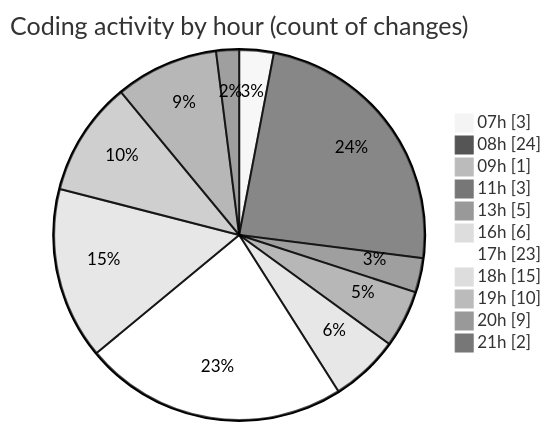
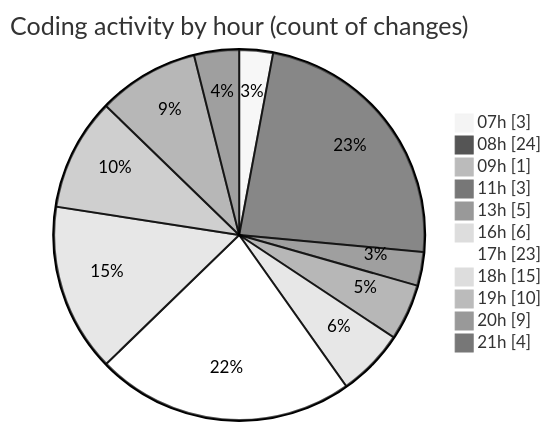
Before and after one commit to becaeroporto-bot/code-tracking: the second of 2 diagrams in 2026-02-20/bot_i_a/README.md, drawn with Mermaid (neutral theme). The commit also changed other lines of this file and 1 other file, not shown here.

````diff
--- a/2026-02-20/bot_i_a/README.md
+++ b/2026-02-20/bot_i_a/README.md
@@ -55,15 +55,15 @@
 ```mermaid
 pie showData
 title Coding activity by hour (count of changes)
 "07h" : 3
 "08h" : 24
 "09h" : 1
 "11h" : 3
 "13h" : 5
 "16h" : 6
 "17h" : 23
 "18h" : 15
 "19h" : 10
 "20h" : 9
-"21h" : 2
+"21h" : 4
 ```
````
